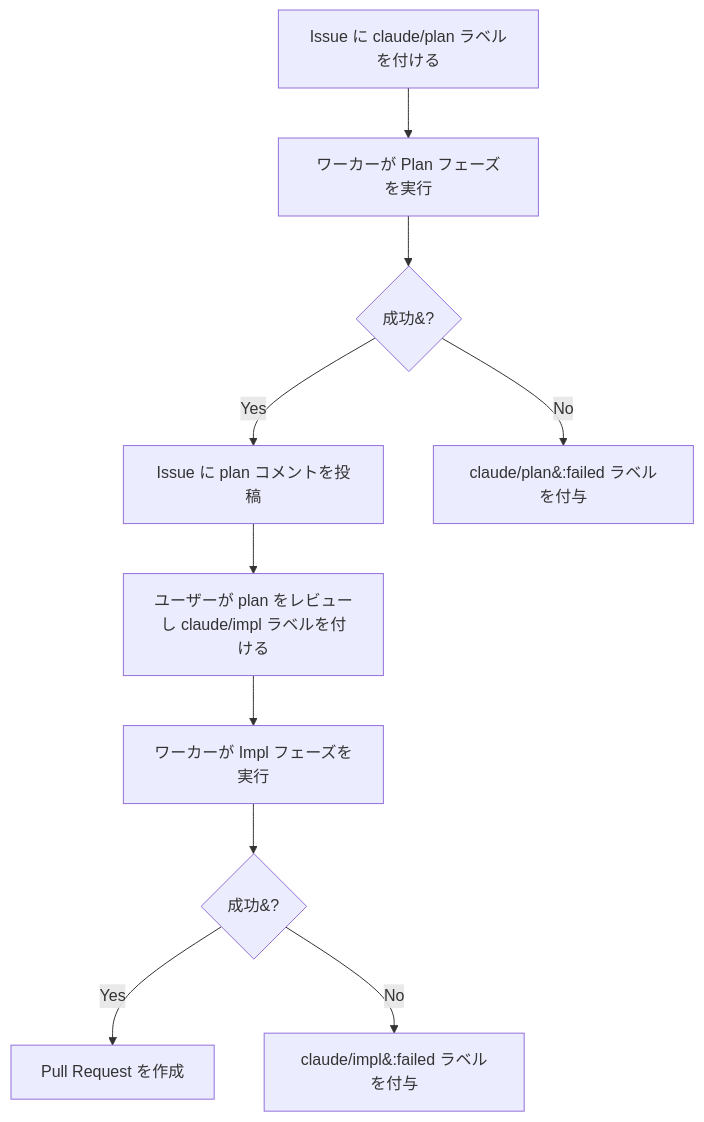
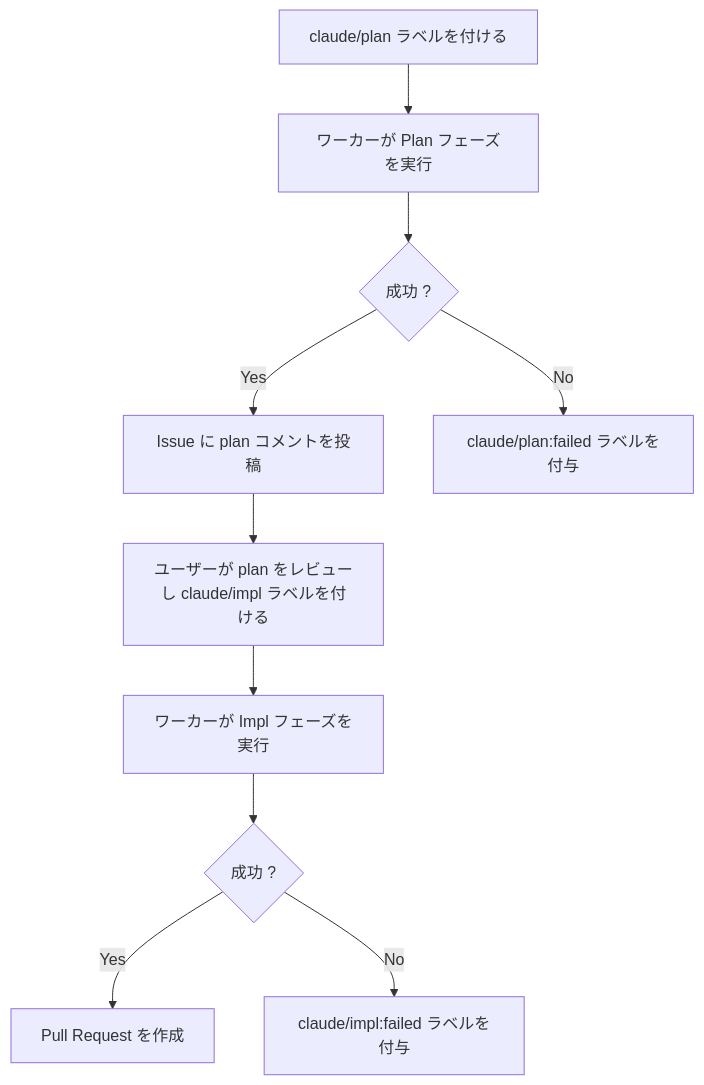
One commit to nonz250/sabori-flow changed the first of 2 diagrams in README.ja.md. Above: the diagram before and after it, drawn with Mermaid. The commit also changed other lines of this file and 1 other file, not shown here.

First line of the commit message:
fix(readme): use mermaid native escaping for special characters

````diff
--- a/README.ja.md
+++ b/README.ja.md
@@ -138,12 +138,12 @@
 ```mermaid
 flowchart TD
-    A["Issue に claude/plan ラベルを付ける"] --> B["ワーカーが Plan フェーズを実行"]
-    B --> C{成功&#63;}
+    A["claude/plan ラベルを付ける"] --> B["ワーカーが Plan フェーズを実行"]
+    B --> C{"成功 #quest;"}
     C -- Yes --> D["Issue に plan コメントを投稿"]
-    C -- No --> E["claude/plan&#58;failed ラベルを付与"]
+    C -- No --> E["claude/plan#colon;failed ラベルを付与"]
     D --> F["ユーザーが plan をレビューし claude/impl ラベルを付ける"]
     F --> G["ワーカーが Impl フェーズを実行"]
-    G --> H{成功&#63;}
+    G --> H{"成功 #quest;"}
     H -- Yes --> I["Pull Request を作成"]
-    H -- No --> J["claude/impl&#58;failed ラベルを付与"]
+    H -- No --> J["claude/impl#colon;failed ラベルを付与"]
 ```
````
